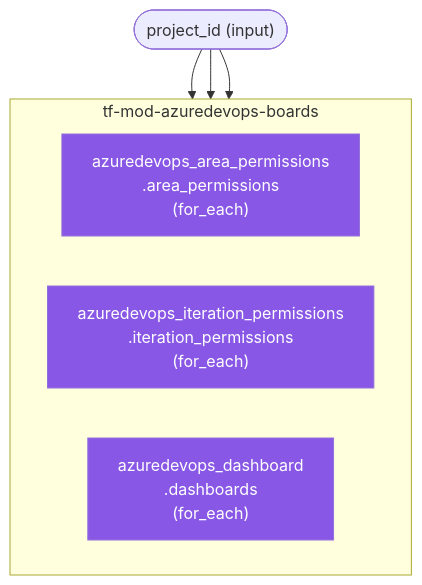
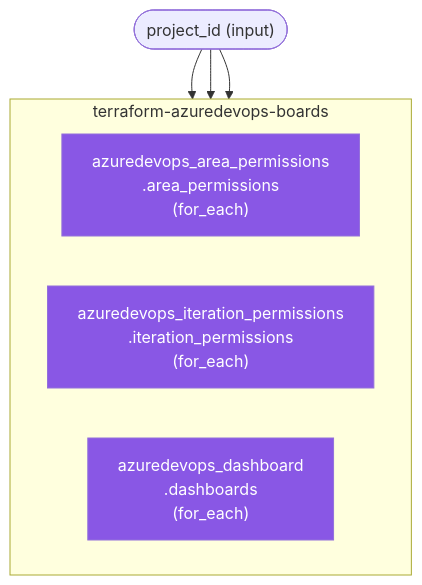
Before and after one commit to microsoftexpert/terraform-azuredevops-boards: the second of 2 diagrams in README.md, drawn with Mermaid. The commit also changed other lines of this file and 2 other files, not shown here.

````diff
--- a/README.md
+++ b/README.md
@@ -64,19 +64,19 @@
 ```mermaid
 flowchart TB
  pid(["project_id (input)"])
 
- subgraph boards["tf-mod-azuredevops-boards"]
+ subgraph boards["terraform-azuredevops-boards"]
  direction LR
  ap["azuredevops_area_permissions<br/>.area_permissions<br/>(for_each)"]
  ip["azuredevops_iteration_permissions<br/>.iteration_permissions<br/>(for_each)"]
  db["azuredevops_dashboard<br/>.dashboards<br/>(for_each)"]
  end
 
  pid --> ap
  pid --> ip
  pid --> db
 
  style ap fill:#8957E5,color:#fff
  style ip fill:#8957E5,color:#fff
  style db fill:#8957E5,color:#fff
 ```
````
